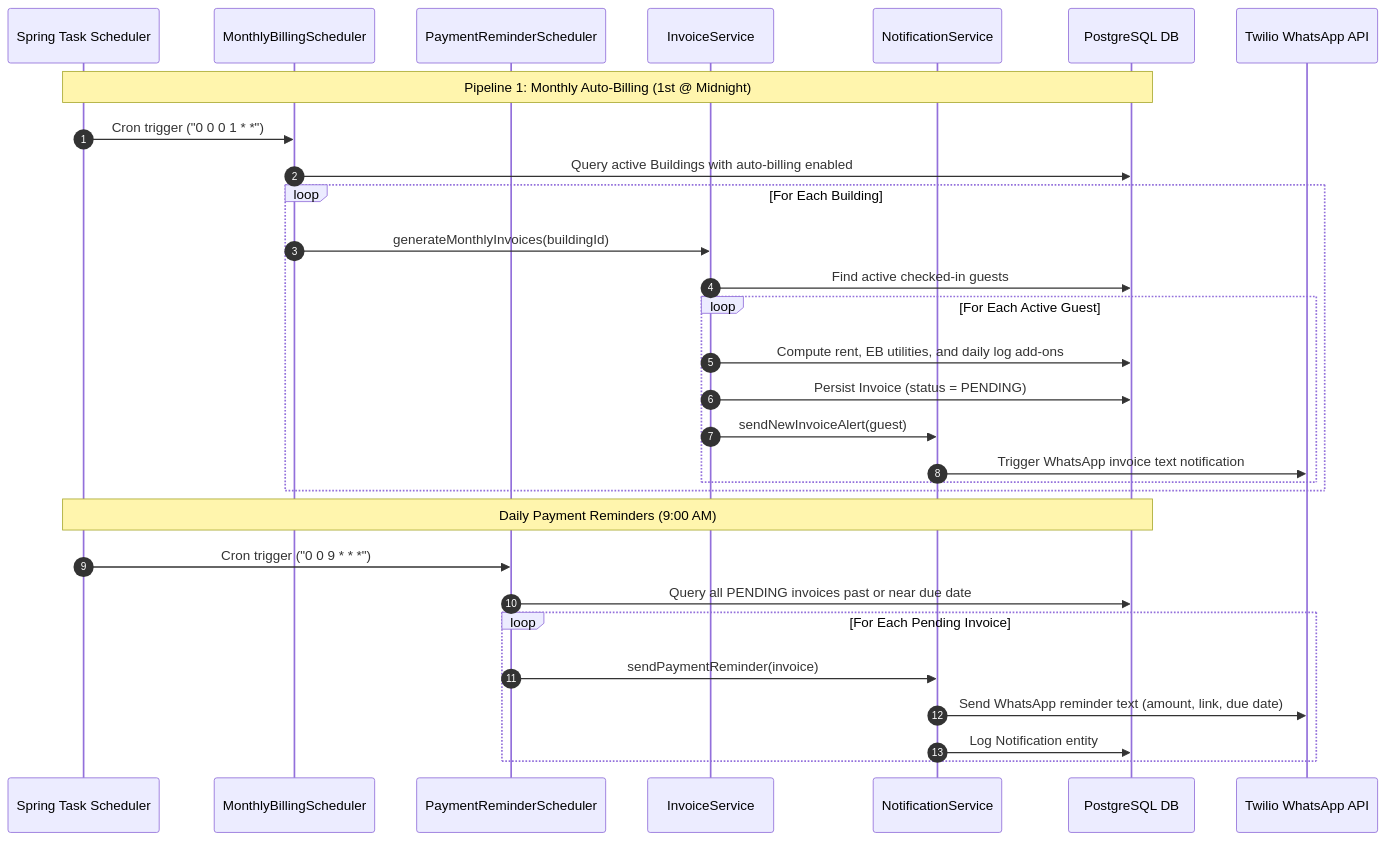
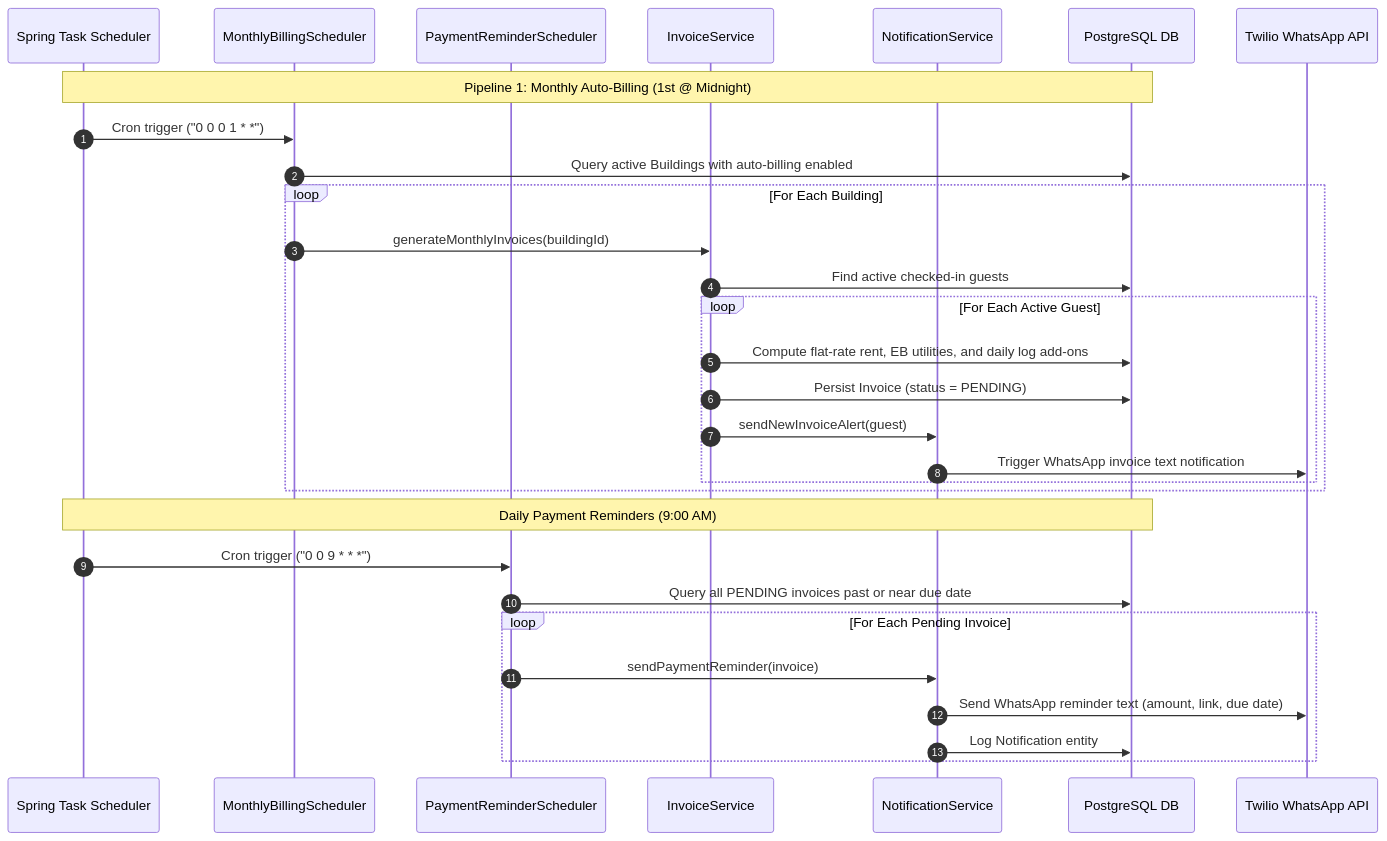
Before and after one commit to rahul-0906/PG-Project: diagram 16 of 22 in docs/architecture/WORKFLOWS.md, drawn with Mermaid. The commit also changed other lines of this file and 24 other files, not shown here.

Commit message:
feat: Implement 1-Click Excel Bulk Import and Flat-Rate Fixed Rent Model

````diff
--- a/docs/architecture/WORKFLOWS.md
+++ b/docs/architecture/WORKFLOWS.md
@@ -460,34 +501,34 @@
 ```mermaid
 sequenceDiagram
     autonumber
     participant Cron as Spring Task Scheduler
     participant Billing as MonthlyBillingScheduler
     participant Reminder as PaymentReminderScheduler
     participant Invoice as InvoiceService
     participant Notif as NotificationService
     participant DB as PostgreSQL DB
     participant WhatsApp as Twilio WhatsApp API
 
     Note over Cron, DB: Pipeline 1: Monthly Auto-Billing (1st @ Midnight)
     Cron->>Billing: Cron trigger ("0 0 0 1 * *")
     Billing->>DB: Query active Buildings with auto-billing enabled
     loop For Each Building
         Billing->>Invoice: generateMonthlyInvoices(buildingId)
         Invoice->>DB: Find active checked-in guests
         loop For Each Active Guest
-            Invoice->>DB: Compute rent, EB utilities, and daily log add-ons
+            Invoice->>DB: Compute flat-rate rent, EB utilities, and daily log add-ons
             Invoice->>DB: Persist Invoice (status = PENDING)
             Invoice->>Notif: sendNewInvoiceAlert(guest)
             Notif->>WhatsApp: Trigger WhatsApp invoice text notification
         end
     end
     
     Note over Cron, DB: Daily Payment Reminders (9:00 AM)
     Cron->>Reminder: Cron trigger ("0 0 9 * * *")
     Reminder->>DB: Query all PENDING invoices past or near due date
     loop For Each Pending Invoice
         Reminder->>Notif: sendPaymentReminder(invoice)
         Notif->>WhatsApp: Send WhatsApp reminder text (amount, link, due date)
         Notif->>DB: Log Notification entity
     end
 ```
````
